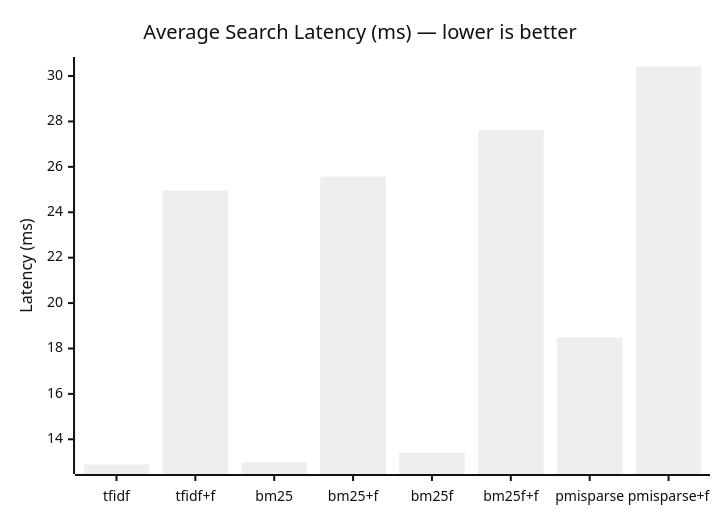
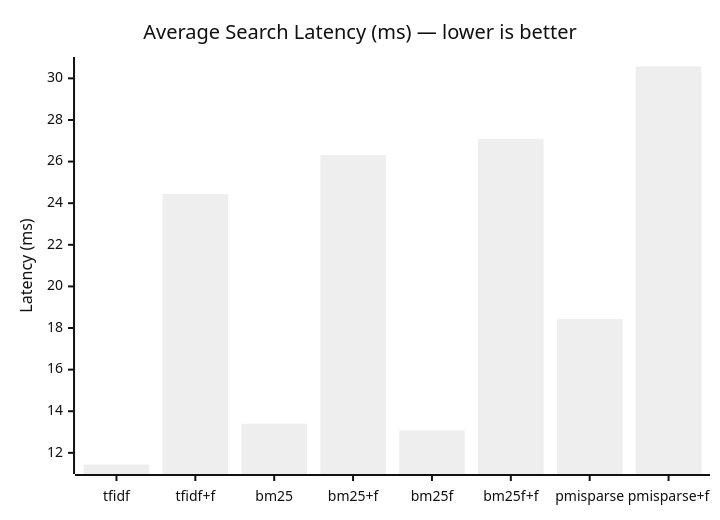
One commit to Rajendertyagi/Mddb changed the first of 2 diagrams in docs/BENCHMARK.md. Above: the diagram before and after it, drawn with Mermaid (neutral theme). The commit also changed other lines of this file and 1 other file, not shown here.

````diff
--- a/docs/BENCHMARK.md
+++ b/docs/BENCHMARK.md
@@ -42,7 +43,7 @@
 ```mermaid
 xychart-beta
     title "Average Search Latency (ms) — lower is better"
     x-axis ["tfidf", "tfidf+f", "bm25", "bm25+f", "bm25f", "bm25f+f", "pmisparse", "pmisparse+f"]
     y-axis "Latency (ms)"
-    bar [12.89, 24.96, 12.99, 25.57, 13.42, 27.62, 18.49, 30.42]
+    bar [11.44, 24.44, 13.40, 26.31, 13.08, 27.09, 18.43, 30.57]
 ```
````
